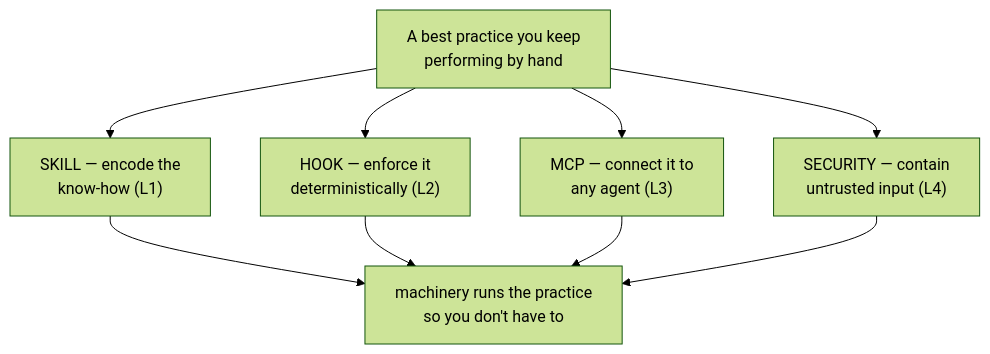
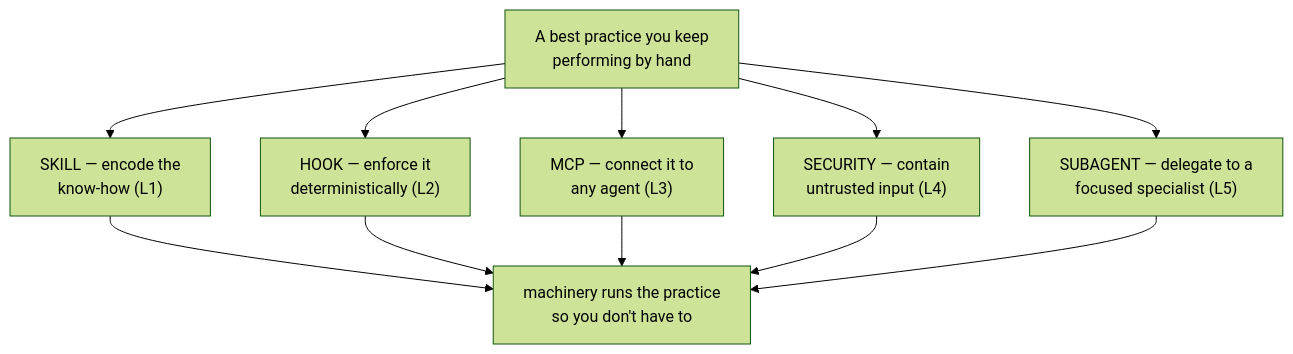
The diagram in docs/curriculum/07-advanced-patterns/index.md (CodyAMaughan/agent-first-engineering), drawn with Mermaid (forest theme) before and after one commit. The commit also changed other lines of this file and 9 other files, not shown here.

````diff
--- a/docs/curriculum/07-advanced-patterns/index.md
+++ b/docs/curriculum/07-advanced-patterns/index.md
@@ -45,12 +46,14 @@
 ```mermaid
 flowchart TB
     D["A best practice you keep<br/>performing by hand"]
     D --> S["SKILL — encode the<br/>know-how (L1)"]
     D --> H["HOOK — enforce it<br/>deterministically (L2)"]
     D --> M["MCP — connect it to<br/>any agent (L3)"]
     D --> SEC["SECURITY — contain<br/>untrusted input (L4)"]
+    D --> SUB["SUBAGENT — delegate to a<br/>focused specialist (L5)"]
     S --> R["machinery runs the practice<br/>so you don't have to"]
     H --> R
     M --> R
     SEC --> R
+    SUB --> R
 ```
````
